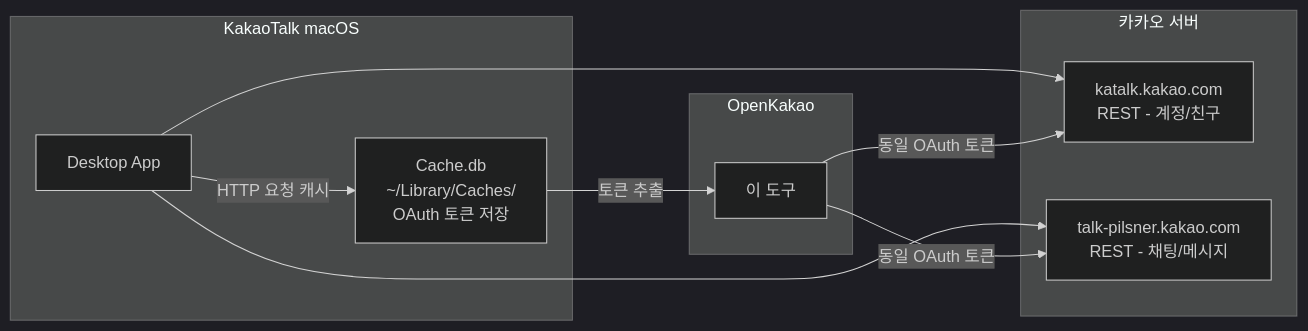
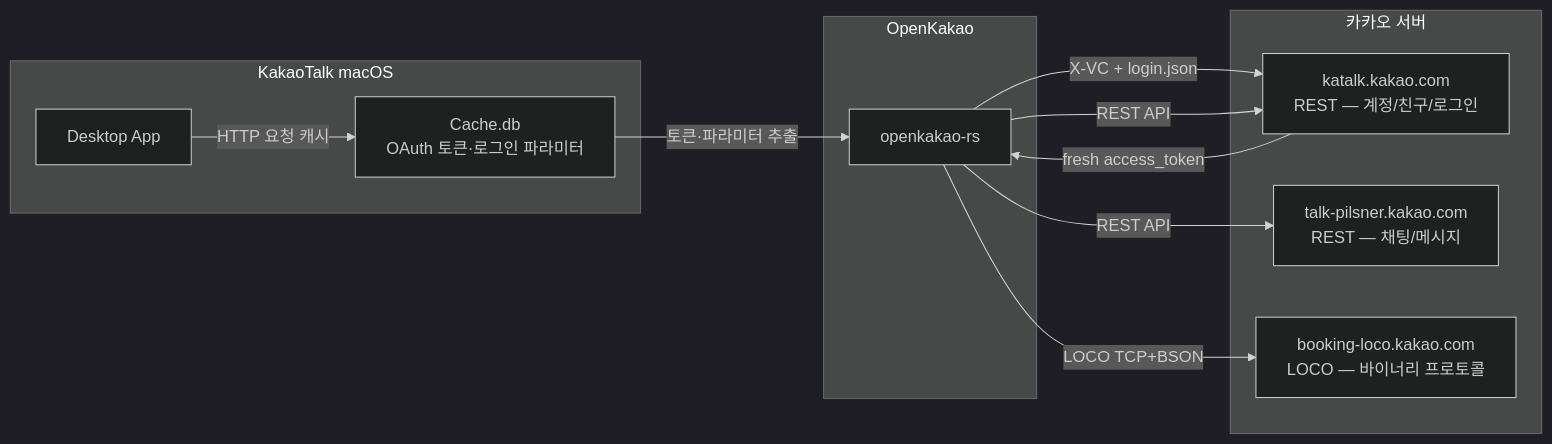
Before and after one commit to JungHoonGhae/openkakao: the diagram in README.md, drawn with Mermaid (dark theme). The commit also changed other lines of this file, not shown here.

First line of the commit message:
docs: update README with LOCO breakthrough and full feature list

````diff
--- a/README.md
+++ b/README.md
@@ -180,21 +202,23 @@
 ```mermaid
 flowchart LR
     subgraph 앱["KakaoTalk macOS"]
         A[Desktop App]
-        C[Cache.db\n~/Library/Caches/\nOAuth 토큰 저장]
+        C[Cache.db<br/>OAuth 토큰·로그인 파라미터]
     end
     subgraph 서버["카카오 서버"]
-        K[katalk.kakao.com\nREST - 계정/친구]
-        P[talk-pilsner.kakao.com\nREST - 채팅/메시지]
+        K[katalk.kakao.com<br/>REST — 계정/친구/로그인]
+        P[talk-pilsner.kakao.com<br/>REST — 채팅/메시지]
+        L[booking-loco.kakao.com<br/>LOCO — 바이너리 프로토콜]
     end
     subgraph 도구["OpenKakao"]
-        O[이 도구]
+        O[openkakao-rs]
     end
 
     A -->|HTTP 요청 캐시| C
-    A --> K
-    A --> P
-    C -->|토큰 추출| O
-    O -->|동일 OAuth 토큰| K
-    O -->|동일 OAuth 토큰| P
+    C -->|토큰·파라미터 추출| O
+    O -->|X-VC + login.json| K
+    K -->|fresh access_token| O
+    O -->|REST API| K
+    O -->|REST API| P
+    O -->|LOCO TCP+BSON| L
 ```
````
